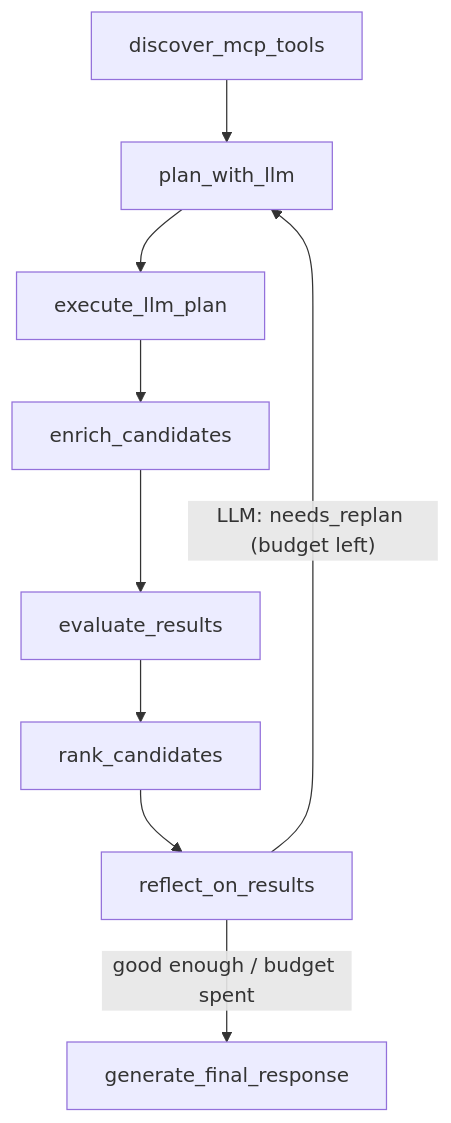
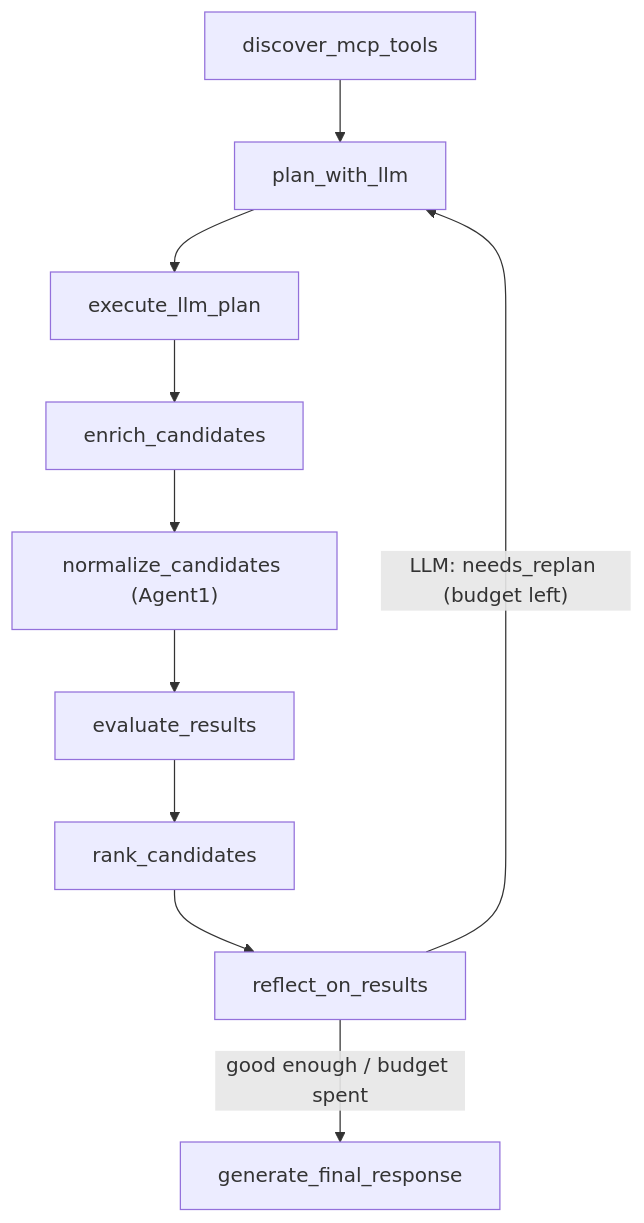
One commit to SIJO-TECHNOLOGY/agent0 changed the first of 2 diagrams in apps/agent-api/docs/langgraph-agent-design.md. Above: the diagram before and after it, drawn with Mermaid. The commit also changed other lines of this file and 11 other files, not shown here.

````diff
--- a/apps/agent-api/docs/langgraph-agent-design.md
+++ b/apps/agent-api/docs/langgraph-agent-design.md
@@ -25,11 +25,12 @@
 ```mermaid
 flowchart TD
     A["discover_mcp_tools"] --> B["plan_with_llm"]
     B --> C["execute_llm_plan"]
     C --> D["enrich_candidates"]
-    D --> E["evaluate_results"]
+    D --> N["normalize_candidates (Agent1)"]
+    N --> E["evaluate_results"]
     E --> F["rank_candidates"]
     F --> G["reflect_on_results"]
     G -->|"LLM: needs_replan (budget left)"| B
     G -->|"good enough / budget spent"| H["generate_final_response"]
 ```
````
